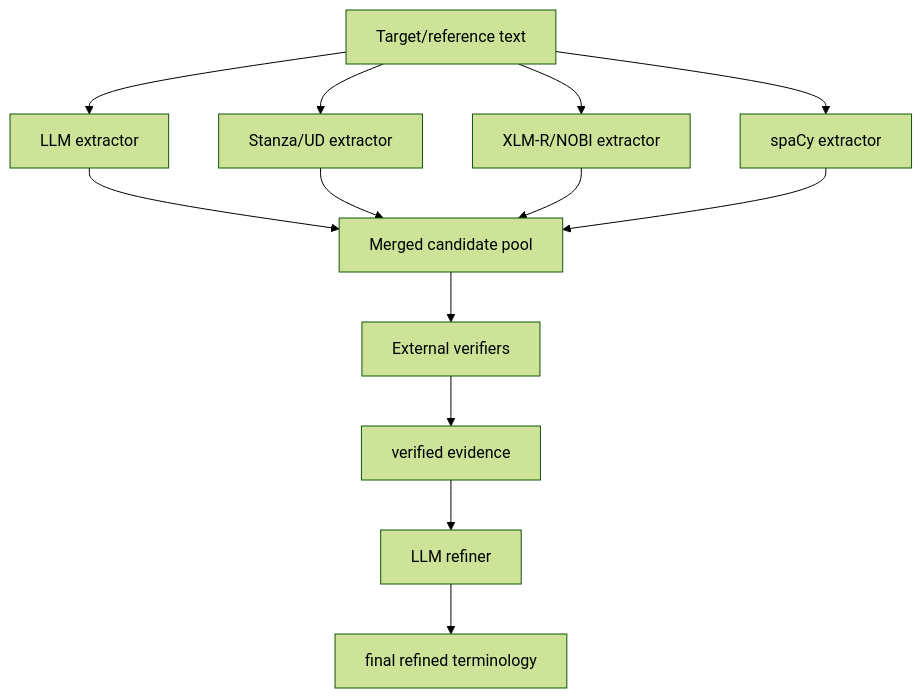
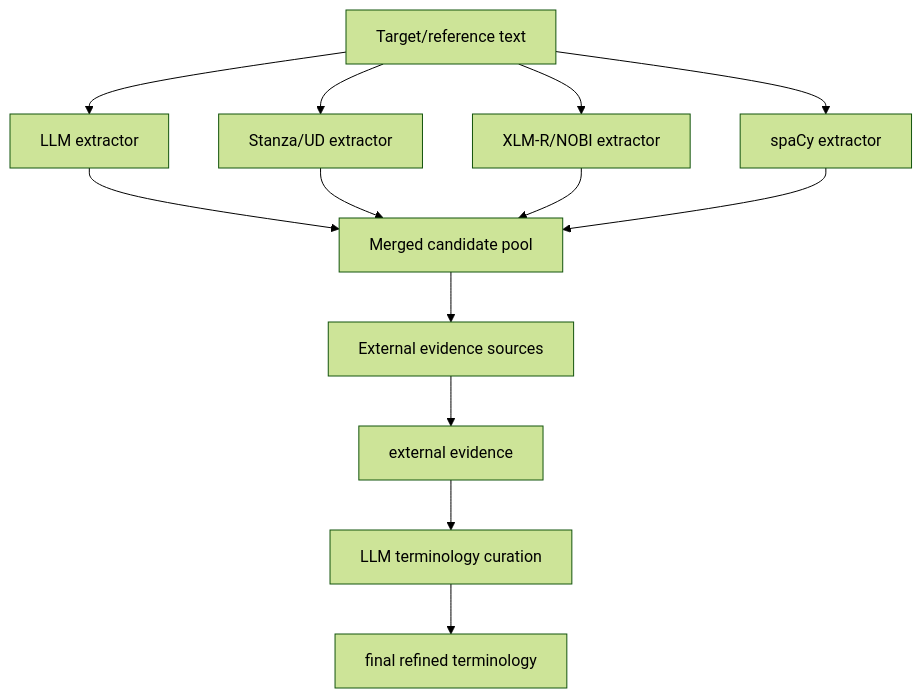
Before and after one commit to MohammadKhodadad/Chem-Machine-Translation: the third of 3 diagrams in docs/benchmark-generation-pipeline.md, drawn with Mermaid (forest theme). The commit also changed other lines of this file and 34 other files, not shown here.

````diff
--- a/docs/benchmark-generation-pipeline.md
+++ b/docs/benchmark-generation-pipeline.md
@@ -82,15 +82,15 @@
 ```mermaid
 flowchart TB
   A[Target/reference text] --> B[LLM extractor]
   A --> C[Stanza/UD extractor]
   A --> D[XLM-R/NOBI extractor]
   A --> E[spaCy extractor]
   B --> F[Merged candidate pool]
   C --> F
   D --> F
   E --> F
-  F --> G[External verifiers]
-  G --> H[verified evidence]
-  H --> I[LLM refiner]
+  F --> G[External evidence sources]
+  G --> H[external evidence]
+  H --> I[LLM terminology curation]
   I --> J[final refined terminology]
 ```
````
